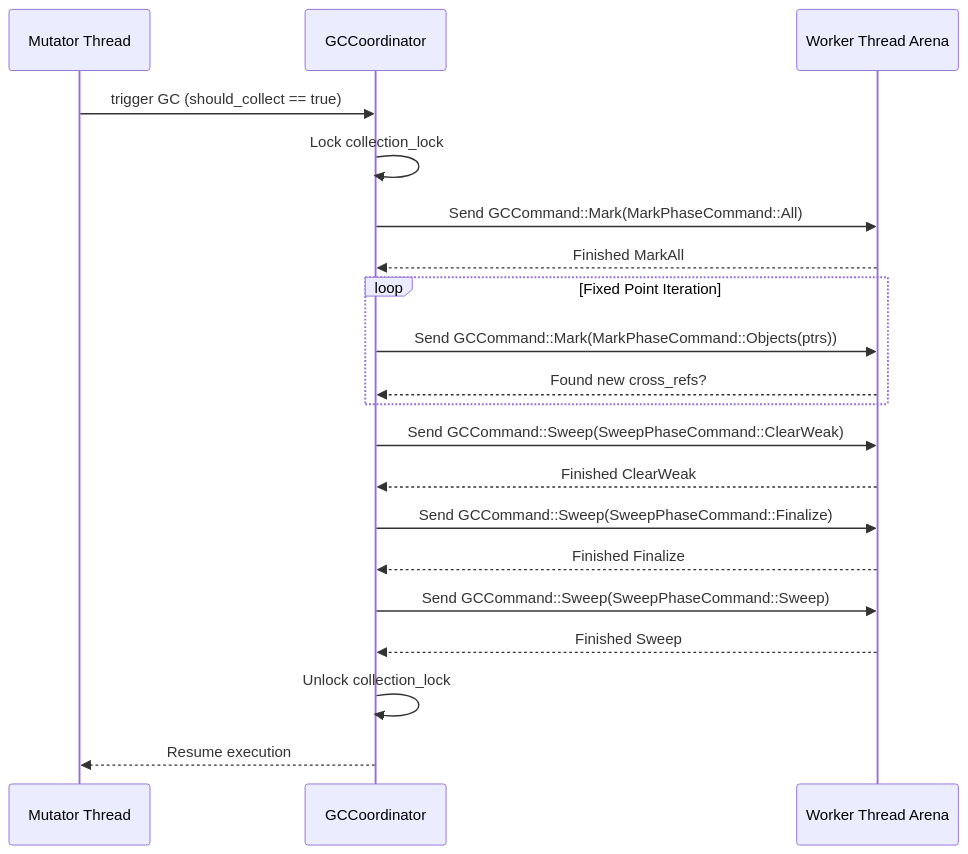
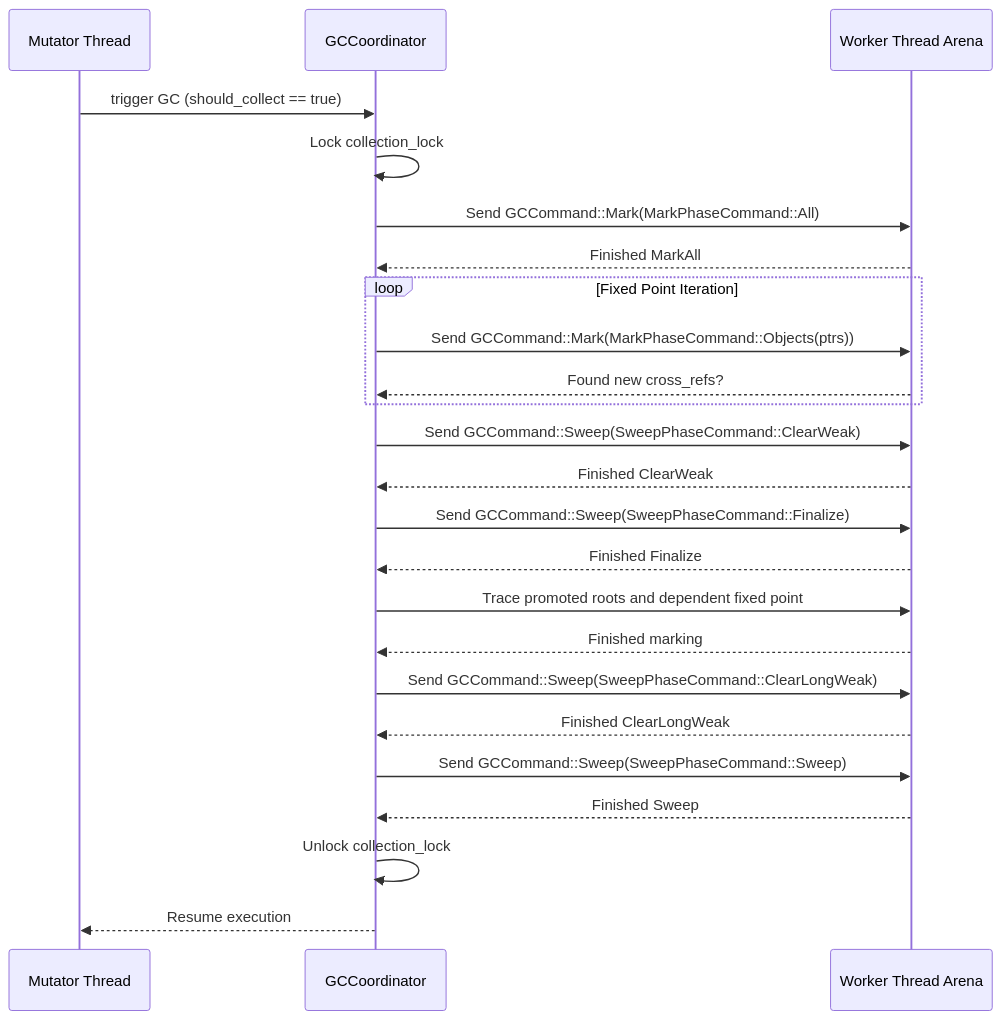
The second of 2 diagrams in docs/GC_AND_MEMORY_SAFETY.md (nickbclifford/dotnet-rs), drawn with Mermaid before and after one commit. The commit also changed other lines of this file and 5 other files, not shown here.

````diff
--- a/docs/GC_AND_MEMORY_SAFETY.md
+++ b/docs/GC_AND_MEMORY_SAFETY.md
@@ -317,28 +325,33 @@
 ```mermaid
 sequenceDiagram
     participant T as Mutator Thread
     participant C as GCCoordinator
     participant W as Worker Thread Arena
 
     T->>C: trigger GC (should_collect == true)
     C->>C: Lock collection_lock
     C->>W: Send GCCommand::Mark(MarkPhaseCommand::All)
     W-->>C: Finished MarkAll
     
     loop Fixed Point Iteration
         C->>W: Send GCCommand::Mark(MarkPhaseCommand::Objects(ptrs))
         W-->>C: Found new cross_refs?
     end
     
     C->>W: Send GCCommand::Sweep(SweepPhaseCommand::ClearWeak)
     W-->>C: Finished ClearWeak
 
     C->>W: Send GCCommand::Sweep(SweepPhaseCommand::Finalize)
     W-->>C: Finished Finalize
     
+    C->>W: Trace promoted roots and dependent fixed point
+    W-->>C: Finished marking
+    C->>W: Send GCCommand::Sweep(SweepPhaseCommand::ClearLongWeak)
+    W-->>C: Finished ClearLongWeak
+
     C->>W: Send GCCommand::Sweep(SweepPhaseCommand::Sweep)
     W-->>C: Finished Sweep
     
     C->>C: Unlock collection_lock
     C-->>T: Resume execution
 ```
````
